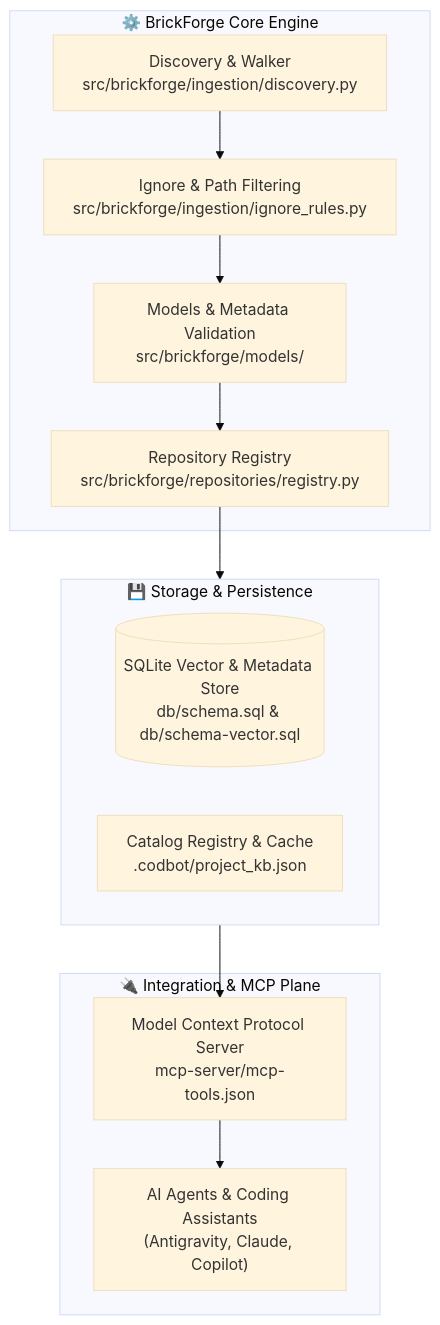
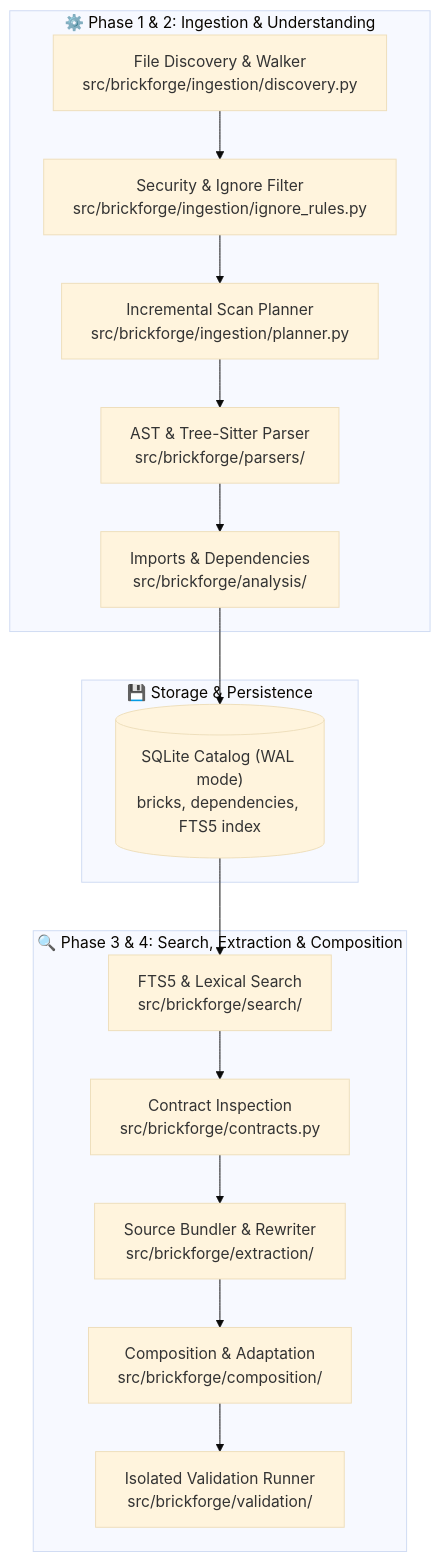
One commit to titwan37/brickForge changed the diagram in README.md. Above: the diagram before and after it, drawn with Mermaid (base theme). The commit also changed other lines of this file and 105 other files, not shown here.

Commit message:
brickForge MVP complete

````diff
--- a/README.md
+++ b/README.md
@@ -28,26 +25,25 @@
 ```mermaid
 flowchart TD
     subgraph StorageLayer["💾 Storage & Persistence"]
-        DB[("SQLite Vector & Metadata Store<br/>db/schema.sql & db/schema-vector.sql")]
-        Catalog["Catalog Registry & Cache<br/>.codbot/project_kb.json"]
+        DB[("SQLite Catalog (WAL mode)<br/>bricks, dependencies, FTS5 index")]
     end
 
-    subgraph CoreEngine["⚙️ BrickForge Core Engine"]
-        Discovery["Discovery & Walker<br/>src/brickforge/ingestion/discovery.py"]
-        Rules["Ignore & Path Filtering<br/>src/brickforge/ingestion/ignore_rules.py"]
-        Model["Models & Metadata Validation<br/>src/brickforge/models/"]
-        Registry["Repository Registry<br/>src/brickforge/repositories/registry.py"]
+    subgraph IngestionEngine["⚙️ Phase 1 & 2: Ingestion & Understanding"]
+        Discovery["File Discovery & Walker<br/>src/brickforge/ingestion/discovery.py"]
+        Ignore["Security & Ignore Filter<br/>src/brickforge/ingestion/ignore_rules.py"]
+        Planner["Incremental Scan Planner<br/>src/brickforge/ingestion/planner.py"]
+        Parser["AST & Tree-Sitter Parser<br/>src/brickforge/parsers/"]
+        Analysis["Imports & Dependencies<br/>src/brickforge/analysis/"]
     end
 
-    subgraph ServiceLayer["🔌 Integration & MCP Plane"]
-        MCPServer["Model Context Protocol Server<br/>mcp-server/mcp-tools.json"]
-        ClientPlane["AI Agents & Coding Assistants<br/>(Antigravity, Claude, Copilot)"]
+    subgraph ServiceEngine["🔍 Phase 3 & 4: Search, Extraction & Composition"]
+        Search["FTS5 & Lexical Search<br/>src/brickforge/search/"]
+        Contracts["Contract Inspection<br/>src/brickforge/contracts.py"]
+        Bundler["Source Bundler & Rewriter<br/>src/brickforge/extraction/"]
+        Composition["Composition & Adaptation<br/>src/brickforge/composition/"]
+        Validation["Isolated Validation Runner<br/>src/brickforge/validation/"]
     end
 
-    Discovery --> Rules
-    Rules --> Model
-    Model --> Registry
-    Registry --> StorageLayer
-    StorageLayer --> MCPServer
-    MCPServer --> ClientPlane
+    Discovery --> Ignore --> Planner --> Parser --> Analysis --> DB
+    DB --> Search --> Contracts --> Bundler --> Composition --> Validation
 ```
````
